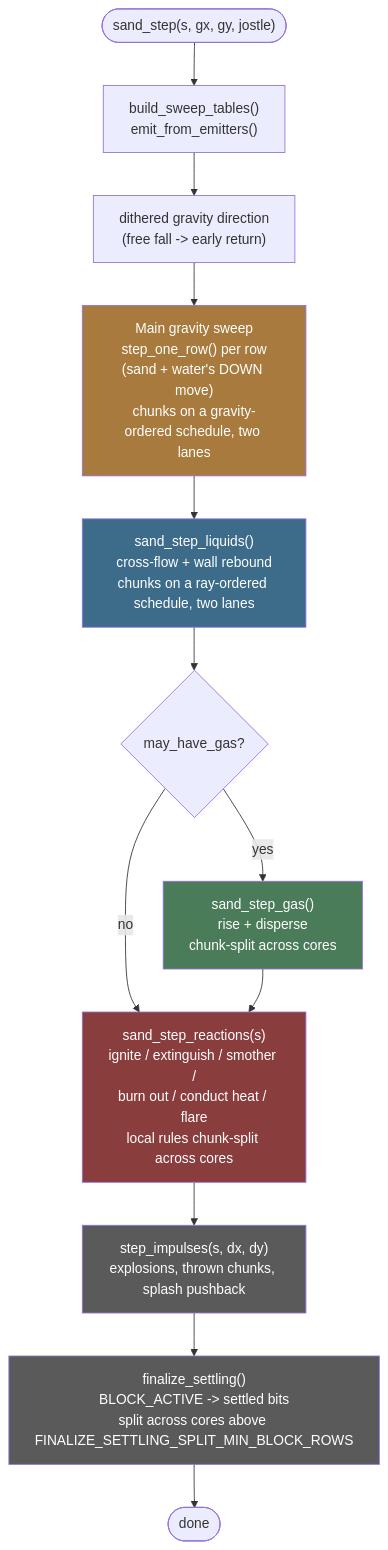
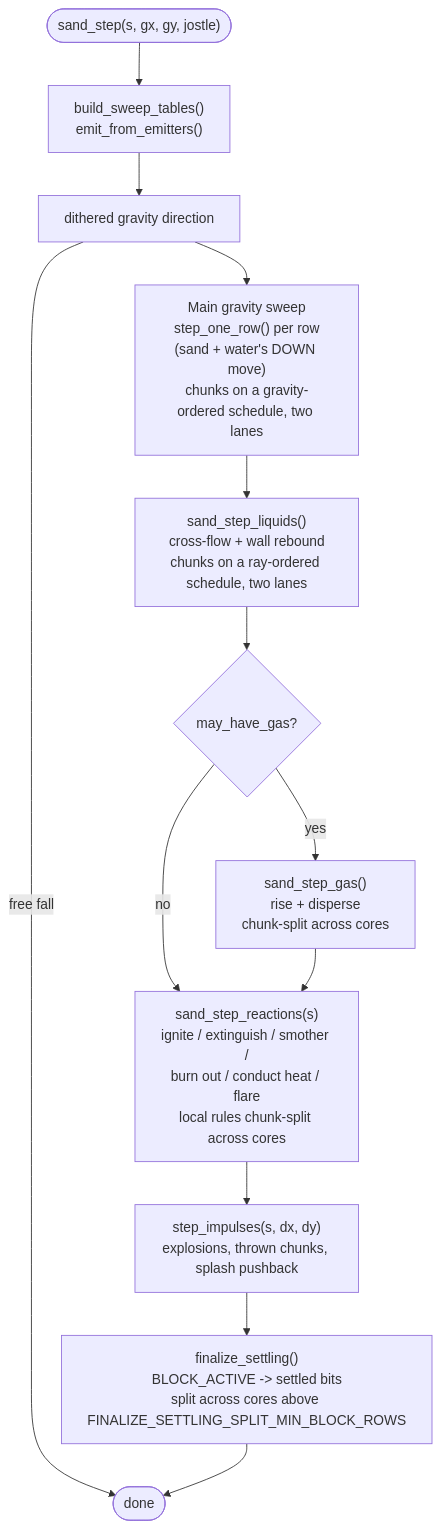
Before and after one commit to jose-villegas/autana: the first of 2 diagrams in docs/sand/Architecture.md, drawn with Mermaid. The commit also changed other lines of this file and 4 other files, not shown here.

````diff
--- a/docs/sand/Architecture.md
+++ b/docs/sand/Architecture.md
@@ -172,31 +172,15 @@
 ```mermaid
 flowchart TD
-    Start(["sand_step(s, gx, gy, jostle)"]) --> Mom["build_sweep_tables()\nemit_from_emitters()"]
-    Mom --> Dith["dithered gravity direction\n(free fall -> early return)"]
-    Dith --> Sweep["Main gravity sweep
-step_one_row() per row
-(sand + water's DOWN move)
-chunks on a gravity-ordered schedule, two lanes"]
-    Sweep --> Liq["sand_step_liquids()
-cross-flow + wall rebound
-chunks on a ray-ordered schedule, two lanes"]
+    Start(["sand_step(s, gx, gy, jostle)"]) --> Tables["build_sweep_tables()<br/>emit_from_emitters()"]
+    Tables --> Dith["dithered gravity direction"]
+    Dith -->|"free fall"| End
+    Dith --> Sweep["Main gravity sweep<br/>step_one_row() per row<br/>(sand + water's DOWN move)<br/>chunks on a gravity-ordered schedule, two lanes"]
+    Sweep --> Liq["sand_step_liquids()<br/>cross-flow + wall rebound<br/>chunks on a ray-ordered schedule, two lanes"]
     Liq --> GasCheck{"may_have_gas?"}
-    GasCheck -- yes --> Gas["sand_step_gas()
-rise + disperse
-chunk-split across cores"]
-    GasCheck -- no --> React
-    Gas --> React["sand_step_reactions(s)
-ignite / extinguish / smother /
-burn out / conduct heat / flare
-local rules chunk-split across cores"]
-    React --> Imp["step_impulses(s, dx, dy)\nexplosions, thrown chunks, splash pushback"]
-    Imp --> Fin["finalize_settling()\nBLOCK_ACTIVE -> settled bits\nsplit across cores above FINALIZE_SETTLING_SPLIT_MIN_BLOCK_ROWS"]
+    GasCheck -->|yes| Gas["sand_step_gas()<br/>rise + disperse<br/>chunk-split across cores"]
+    GasCheck -->|no| React
+    Gas --> React["sand_step_reactions(s)<br/>ignite / extinguish / smother /<br/>burn out / conduct heat / flare<br/>local rules chunk-split across cores"]
+    React --> Imp["step_impulses(s, dx, dy)<br/>explosions, thrown chunks, splash pushback"]
+    Imp --> Fin["finalize_settling()<br/>BLOCK_ACTIVE -> settled bits<br/>split across cores above FINALIZE_SETTLING_SPLIT_MIN_BLOCK_ROWS"]
     Fin --> End(["done"])
-
-    style Sweep fill:#a87a3d,color:#fff
-    style Liq fill:#3d6b8a,color:#fff
-    style Gas fill:#4a7c59,color:#fff
-    style React fill:#8a3d3d,color:#fff
-    style Imp fill:#5a5a5a,color:#fff
-    style Fin fill:#5a5a5a,color:#fff
 ```
````
